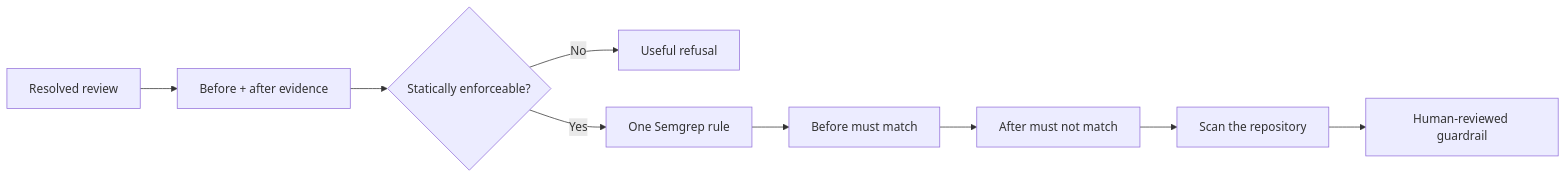
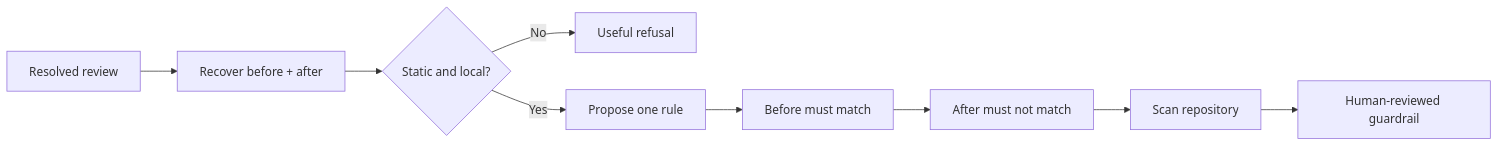
Before and after one commit to vamgan/review-to-rule: the diagram in README.md, drawn with Mermaid. The commit also changed other lines of this file and 1 other file, not shown here.

````diff
--- a/README.md
+++ b/README.md
@@ -51,11 +157,11 @@
 ```mermaid
 flowchart LR
-  A[Resolved review] --> B[Before + after evidence]
-  B --> C{Statically enforceable?}
+  A[Resolved review] --> B[Recover before + after]
+  B --> C{Static and local?}
   C -->|No| D[Useful refusal]
-  C -->|Yes| E[One Semgrep rule]
+  C -->|Yes| E[Propose one rule]
   E --> F[Before must match]
   F --> G[After must not match]
-  G --> H[Scan the repository]
+  G --> H[Scan repository]
   H --> I[Human-reviewed guardrail]
 ```
````
